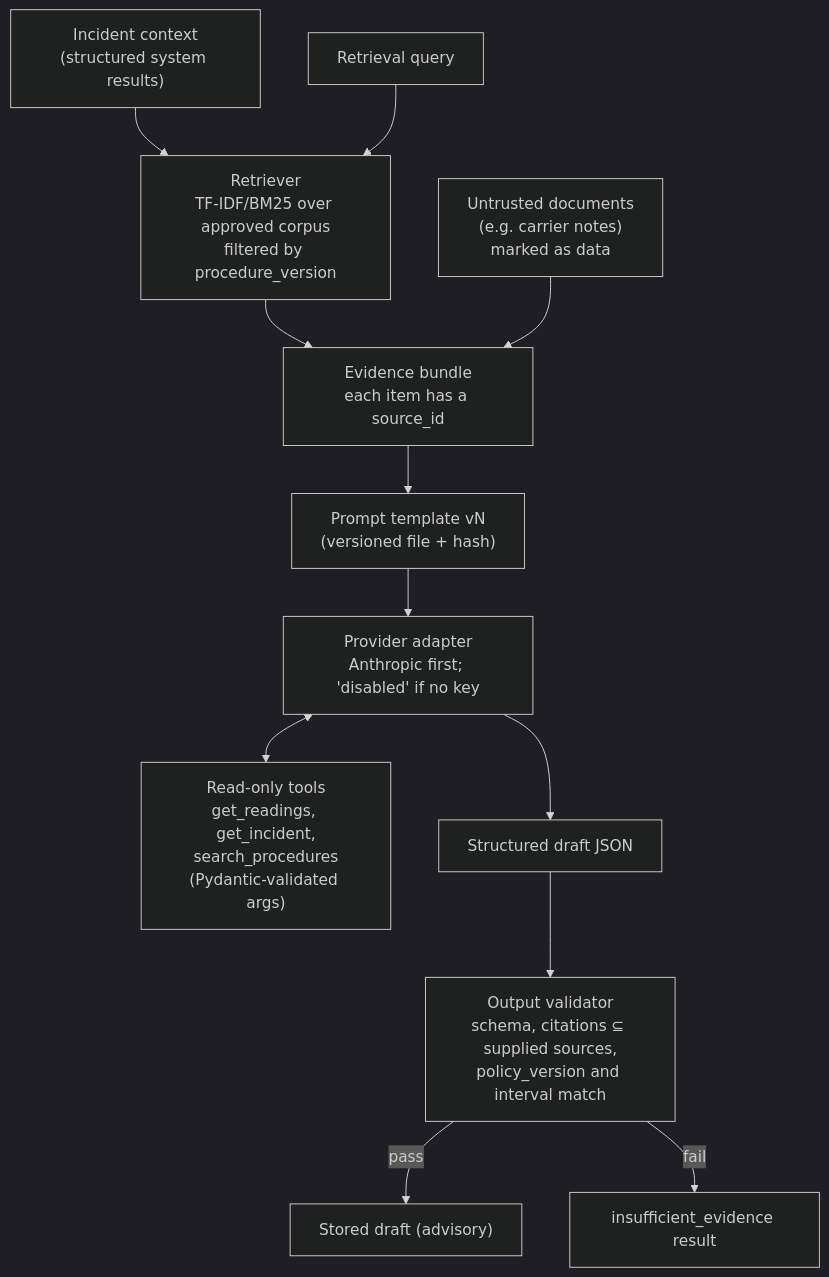
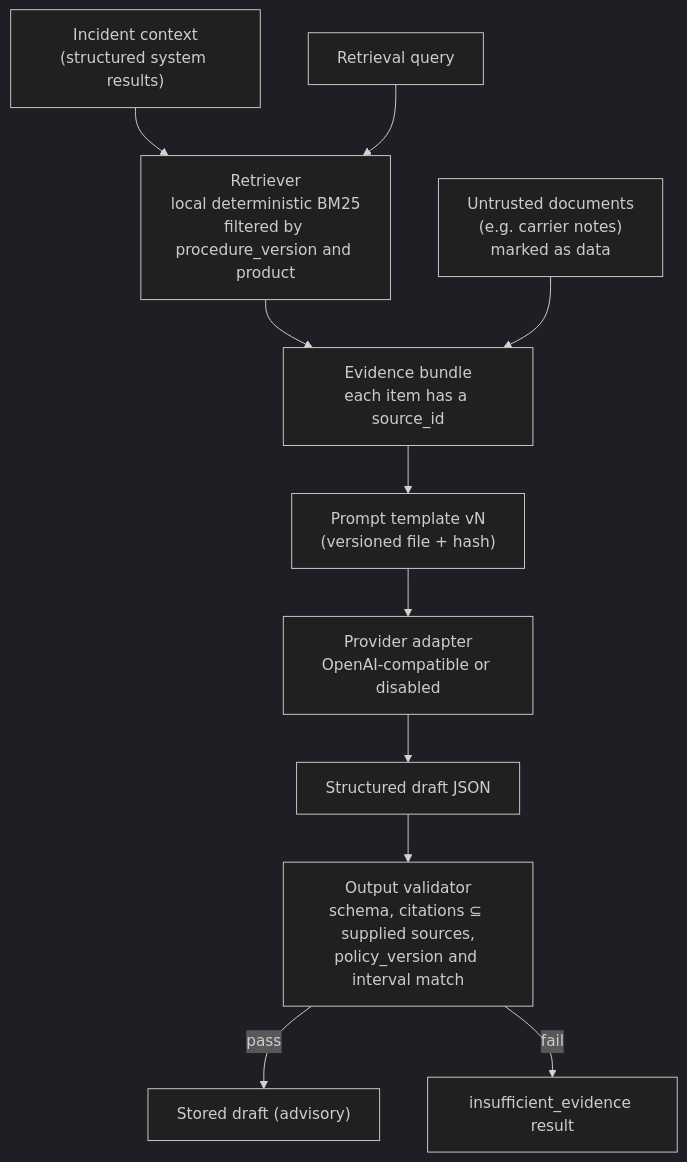
Before and after one commit to ntruonghuynh/ColdChain: the sixth of 7 diagrams in docs/architecture.md, drawn with Mermaid (dark theme). The commit also changed other lines of this file and 22 other files, not shown here.

````diff
--- a/docs/architecture.md
+++ b/docs/architecture.md
@@ -358,14 +358,13 @@
 ```mermaid
 flowchart TB
     INC["Incident context<br/>(structured system results)"] --> R
-    Q["Retrieval query"] --> R["Retriever<br/>TF-IDF/BM25 over approved corpus<br/>filtered by procedure_version"]
+    Q["Retrieval query"] --> R["Retriever<br/>local deterministic BM25<br/>filtered by procedure_version and product"]
     R --> CTX["Evidence bundle<br/>each item has a source_id"]
     UNT["Untrusted documents<br/>(e.g. carrier notes)<br/>marked as data"] --> CTX
     CTX --> P["Prompt template vN<br/>(versioned file + hash)"]
-    P --> PROV["Provider adapter<br/>Anthropic first; 'disabled' if no key"]
-    PROV <--> TOOLS["Read-only tools<br/>get_readings, get_incident,<br/>search_procedures<br/>(Pydantic-validated args)"]
+    P --> PROV["Provider adapter<br/>OpenAI-compatible or disabled"]
     PROV --> OUT["Structured draft JSON"]
     OUT --> VAL["Output validator<br/>schema, citations ⊆ supplied sources,<br/>policy_version and interval match"]
     VAL -->|pass| DRAFT["Stored draft (advisory)"]
     VAL -->|fail| INS["insufficient_evidence result"]
 ```
````
